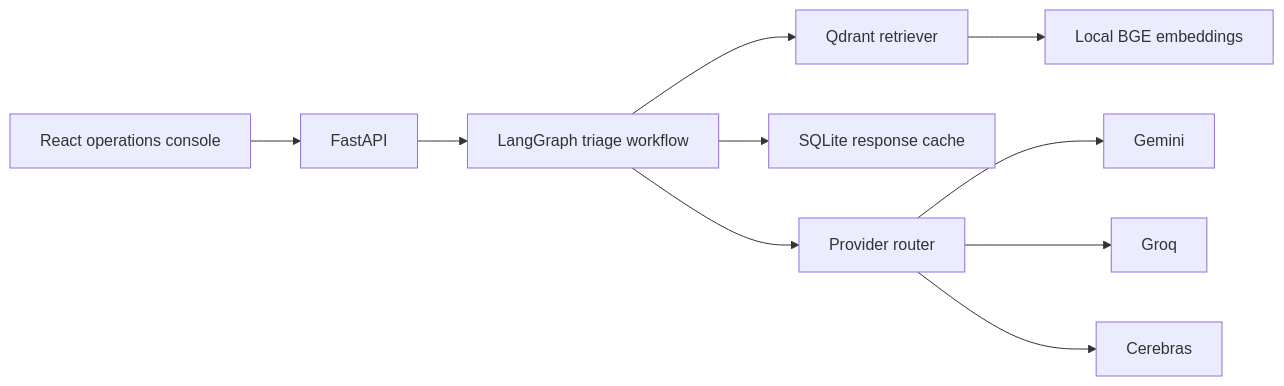
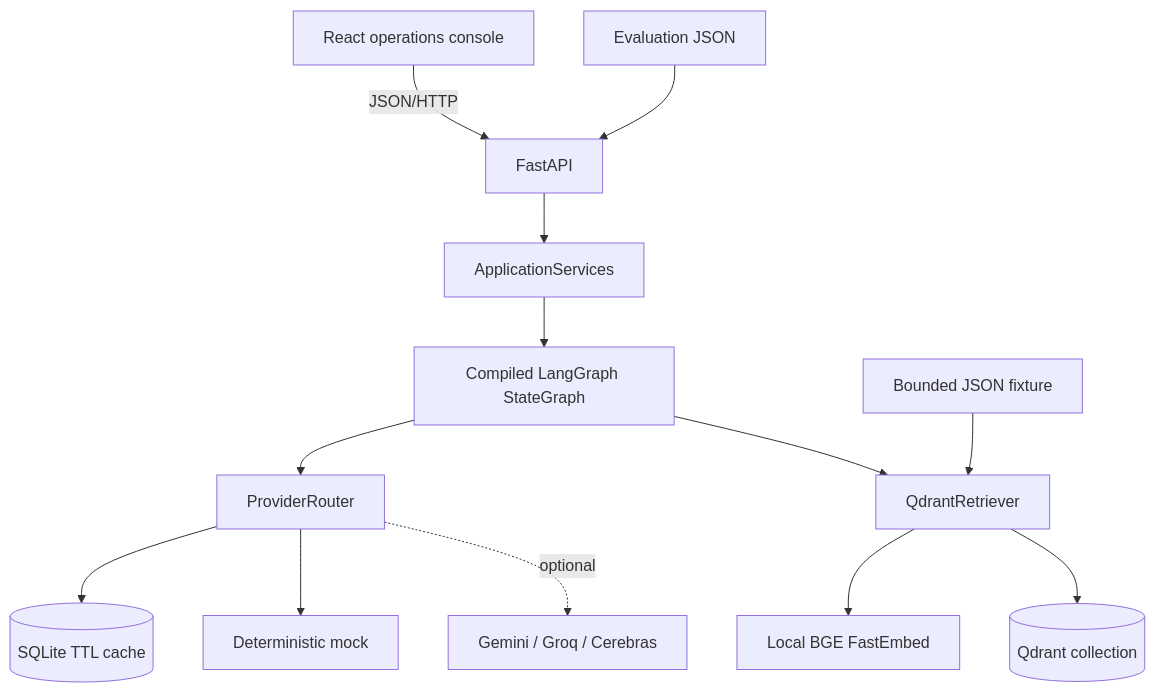
One commit to Praciller/customer-support-rag-triage-agent changed the diagram in docs/architecture.md. Above: the diagram before and after it, drawn with Mermaid. The commit also changed other lines of this file and 11 other files, not shown here.

````diff
--- a/docs/architecture.md
+++ b/docs/architecture.md
@@ -3,12 +5,15 @@
 ```mermaid
-flowchart LR
-  UI[React operations console] --> API[FastAPI]
-  API --> G[LangGraph triage workflow]
-  G --> R[Qdrant retriever]
-  R --> E[Local BGE embeddings]
-  G --> C[SQLite response cache]
-  G --> P[Provider router]
-  P --> GM[Gemini]
-  P --> GR[Groq]
-  P --> CE[Cerebras]
+flowchart TB
+  Browser[React operations console] -->|JSON/HTTP| API[FastAPI]
+  API --> Services[ApplicationServices]
+  Services --> Graph[Compiled LangGraph StateGraph]
+  Graph --> Router[ProviderRouter]
+  Router --> Cache[(SQLite TTL cache)]
+  Router --> Mock[Deterministic mock]
+  Router -. optional .-> Providers[Gemini / Groq / Cerebras]
+  Graph --> Retriever[QdrantRetriever]
+  Retriever --> Embedder[Local BGE FastEmbed]
+  Retriever --> Qdrant[(Qdrant collection)]
+  Bootstrap[Bounded JSON fixture] --> Retriever
+  Reports[Evaluation JSON] --> API
 ```
````
